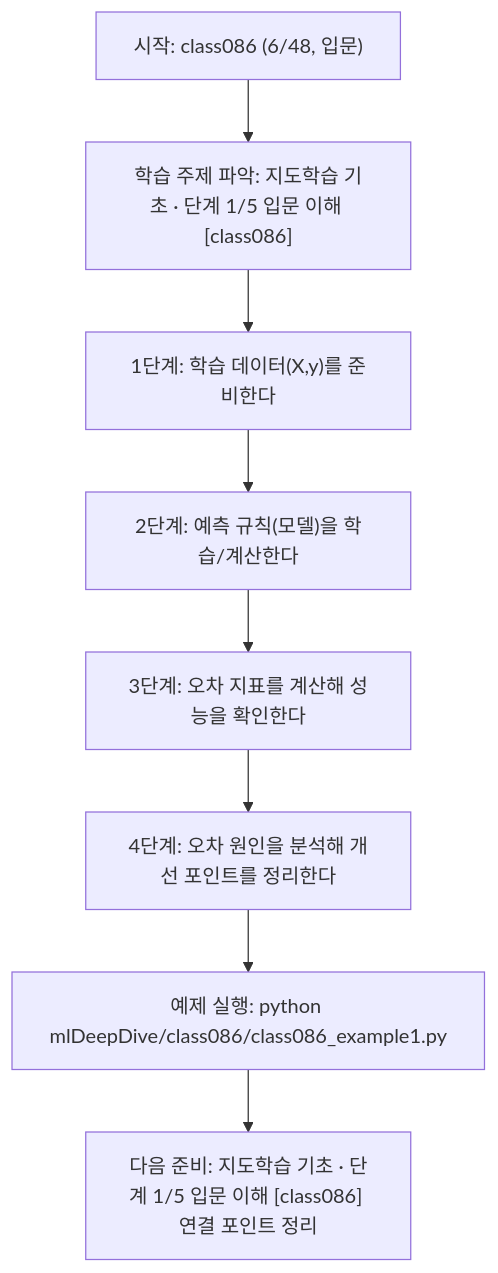
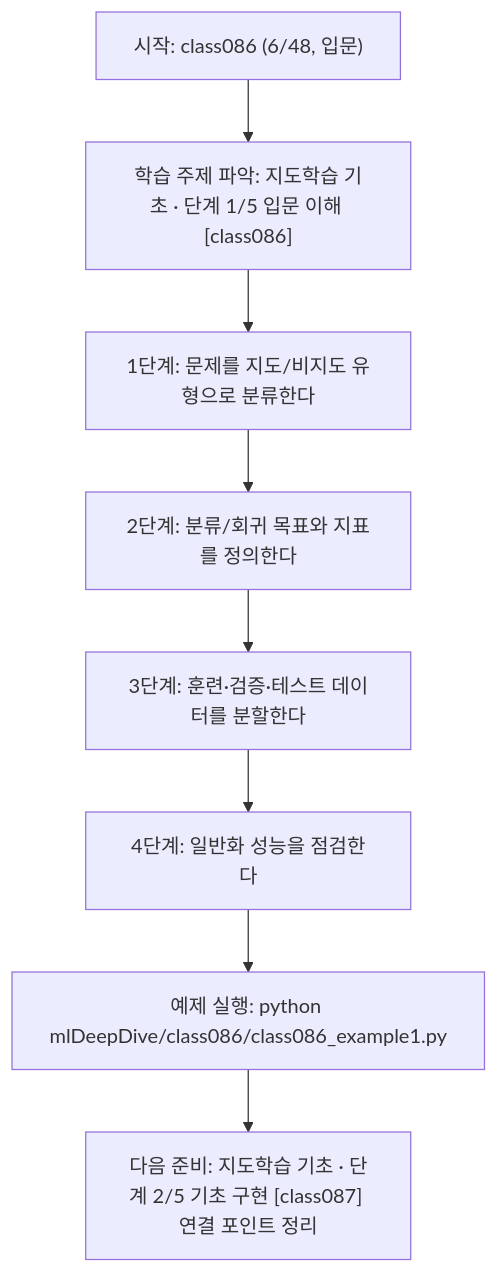
The diagram in mlDeepDive/class086/class086.md (edumgt/Python-AI_Agent-Class), drawn with Mermaid before and after one commit. The commit also changed other lines of this file and 338 other files, not shown here.

````diff
--- a/mlDeepDive/class086/class086.md
+++ b/mlDeepDive/class086/class086.md
@@ -109,18 +91,18 @@
 ```mermaid
 flowchart TD
 N1["시작: class086 (6/48, 입문)"]
 N2["학습 주제 파악: 지도학습 기초 · 단계 1/5 입문 이해 [class086]"]
-N3["1단계: 학습 데이터(X,y)를 준비한다"]
-N4["2단계: 예측 규칙(모델)을 학습/계산한다"]
-N5["3단계: 오차 지표를 계산해 성능을 확인한다"]
-N6["4단계: 오차 원인을 분석해 개선 포인트를 정리한다"]
+N3["1단계: 문제를 지도/비지도 유형으로 분류한다"]
+N4["2단계: 분류/회귀 목표와 지표를 정의한다"]
+N5["3단계: 훈련·검증·테스트 데이터를 분할한다"]
+N6["4단계: 일반화 성능을 점검한다"]
 N7["예제 실행: python mlDeepDive/class086/class086_example1.py"]
-N8["다음 준비: 지도학습 기초 · 단계 1/5 입문 이해 [class086] 연결 포인트 정리"]
+N8["다음 준비: 지도학습 기초 · 단계 2/5 기초 구현 [class087] 연결 포인트 정리"]
 N1 --> N2
 N2 --> N3
 N3 --> N4
 N4 --> N5
 N5 --> N6
 N6 --> N7
 N7 --> N8
 ```
````
